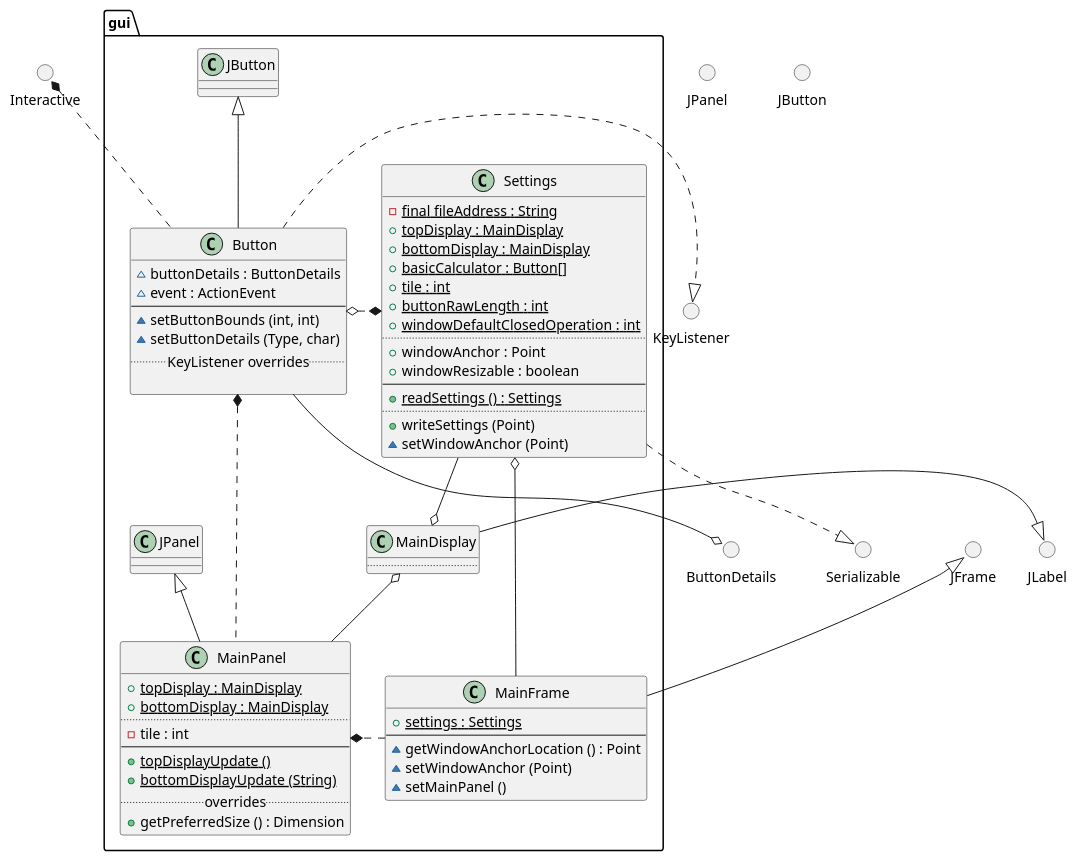
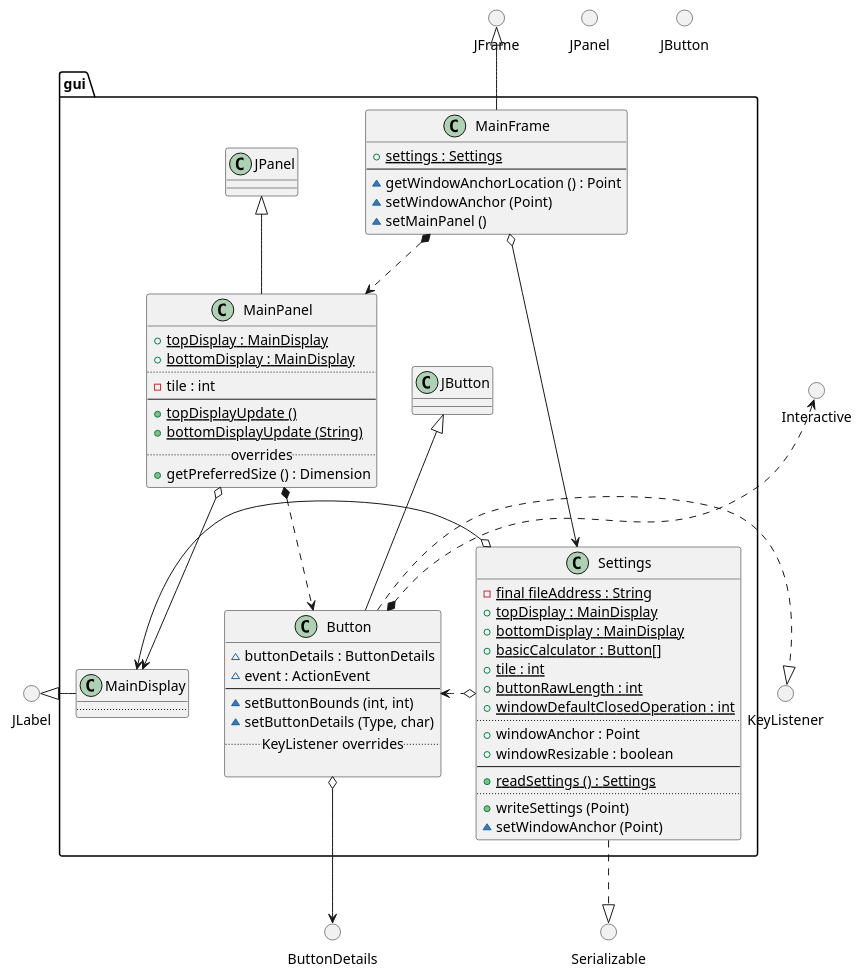
The diagram in src/docs/UML/gui/gui.puml (vitalispopoff/calculator), drawn with PlantUML before and after one commit. The commit also changed 8 other files, not shown here.

```diff
--- a/src/docs/UML/gui/gui.puml
+++ b/src/docs/UML/gui/gui.puml
@@ -1,93 +1,100 @@
 @startuml
 
 () JLabel
 () JFrame
 () JPanel
 
 () JButton
 () KeyListener
 
 () Serializable
 
 () Interactive
 () ButtonDetails
 
 package gui {
 
 '    interface Displayable {}
 
     class MainFrame {
             +{field} {static} settings : Settings
         --
             ~{method} getWindowAnchorLocation () : Point
             ~{method} setWindowAnchor (Point)
             ~{method} setMainPanel ()
     }
 
     class MainPanel extends JPanel {
             +{field} {static} topDisplay : MainDisplay
             +{field} {static} bottomDisplay : MainDisplay
         ..
             -{field} tile : int
         --
             +{method}{static} topDisplayUpdate ()
             +{method}{static} bottomDisplayUpdate (String)
         ..overrides..
             +{method} getPreferredSize () : Dimension
     }
 
     class MainDisplay {
         ..
     }
 
     class Button extends JButton{
             ~{field} buttonDetails : ButtonDetails
             ~{field} event : ActionEvent
         --
             ~{method} setButtonBounds (int, int)
             ~{method} setButtonDetails (Type, char)
         ..KeyListener overrides..
 
     }
 
     class Settings {
             -{field} {static} final fileAddress : String
             +{field} {static} topDisplay : MainDisplay
             +{field} {static} bottomDisplay : MainDisplay
             +{field} {static} basicCalculator : Button[]
             +{field} {static} tile : int
             +{field} {static} buttonRawLength : int
             +{field} {static} windowDefaultClosedOperation : int
         ..
             +{field} windowAnchor : Point
             +{field} windowResizable : boolean
         --
             +{method} {static} readSettings () : Settings
         ..
             +{method} writeSettings (Point)
             ~{method} setWindowAnchor (Point)
     }
 
     MainFrame -up-|> JFrame
-    MainFrame -up--o Settings
+'    MainFrame -up--o Settings
+    Settings <--down-o MainFrame
 
-    MainFrame .right.* MainPanel
-    MainPanel .up.* Button
-    MainPanel -up-o MainDisplay
+'    MainFrame .right.* MainPanel
+    MainPanel <.left.* MainFrame
+
+'    MainPanel .up.* Button
+    Button <.up.* MainPanel
+
+'    MainPanel -up-o MainDisplay
+    MainDisplay <-down-o MainPanel
 
     MainDisplay -left-|> JLabel
 
-    Settings -right-o MainDisplay
+'    Settings -right-o MainDisplay
+    MainDisplay <-left-o Settings
+
     Settings .down.|> Serializable
 
     Button .right.|> KeyListener
-    Button .up.* Interactive
-    Button o-right.* Settings
-    Button --o ButtonDetails
+'    Button .up.* Interactive
+    Interactive <.down.* Button
 
+    Button <-right.o Settings
 
-
-
+    Button o--> ButtonDetails
 }
 
 @enduml
```
